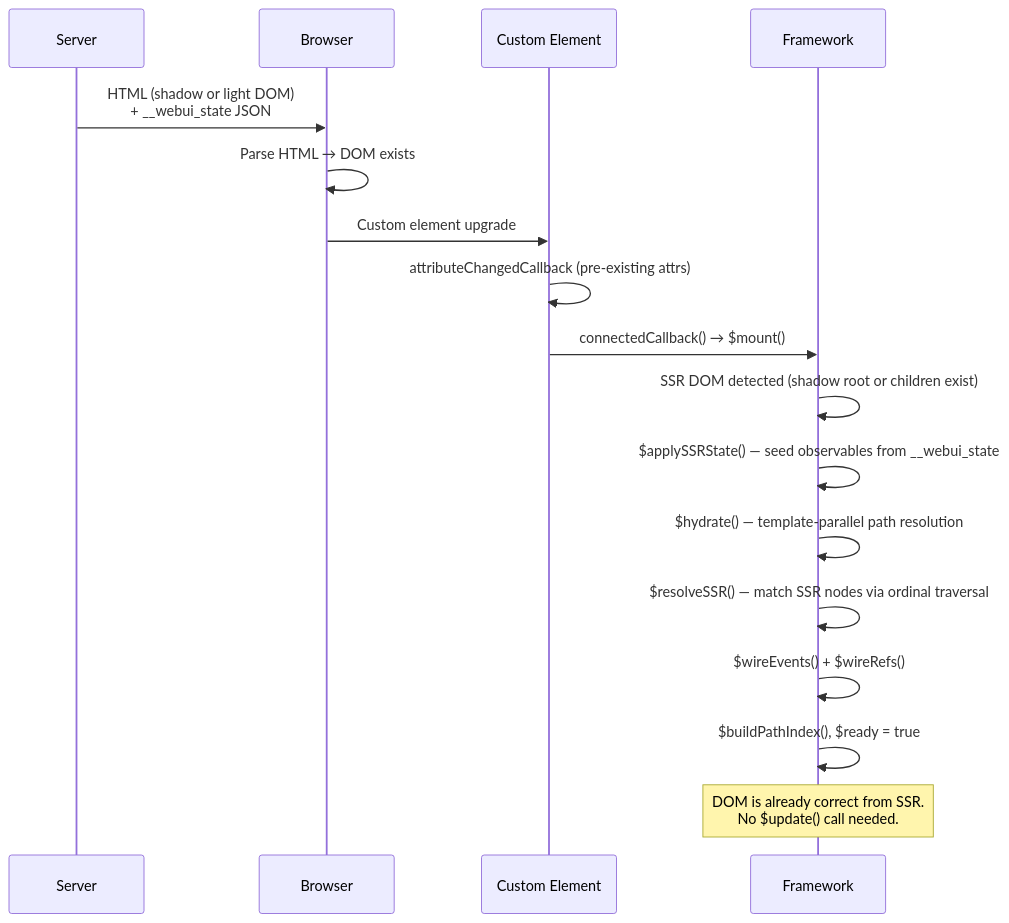
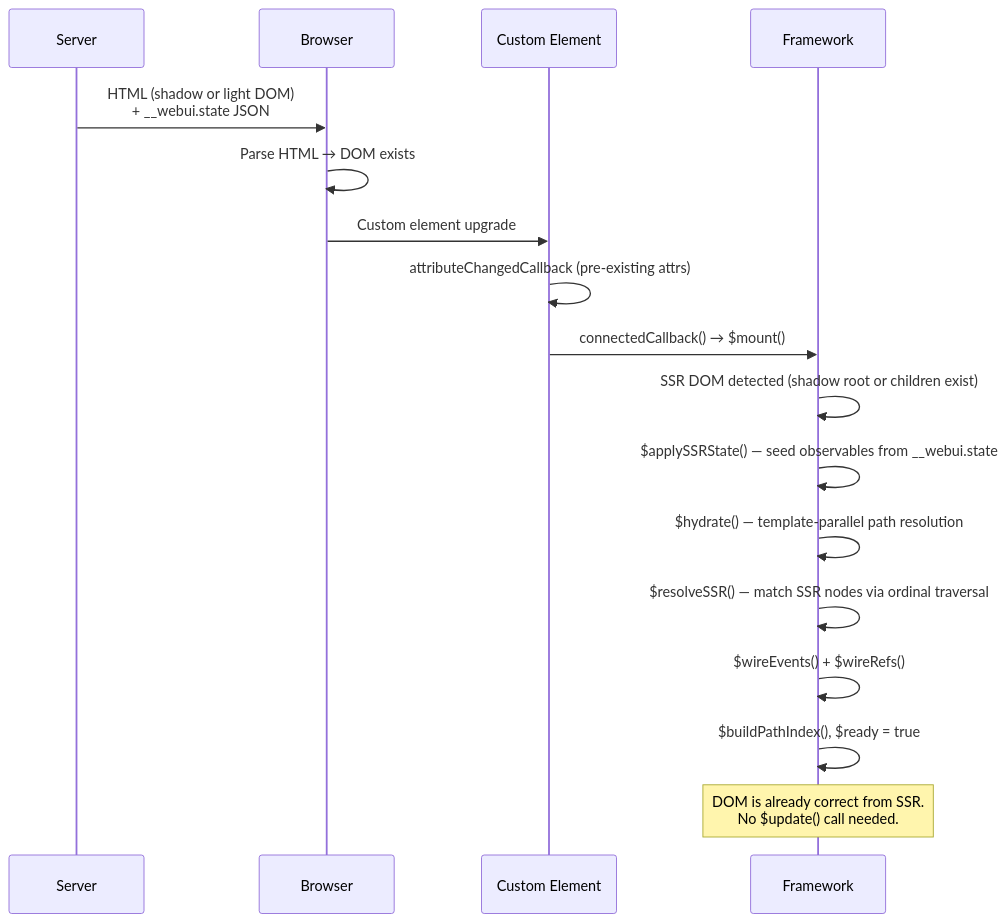
The third of 7 diagrams in packages/webui-framework/README.md (microsoft/webui), drawn with Mermaid before and after one commit. The commit also changed other lines of this file and 40 other files, not shown here.

````diff
--- a/packages/webui-framework/README.md
+++ b/packages/webui-framework/README.md
@@ -386,20 +386,20 @@
 ```mermaid
 sequenceDiagram
     participant Server
     participant Browser
     participant CE as Custom Element
     participant FW as Framework
 
-    Server->>Browser: HTML (shadow or light DOM)<br/>+ __webui_state JSON
+    Server->>Browser: HTML (shadow or light DOM)<br/>+ __webui.state JSON
     Browser->>Browser: Parse HTML → DOM exists
     Browser->>CE: Custom element upgrade
     CE->>CE: attributeChangedCallback (pre-existing attrs)
     CE->>FW: connectedCallback() → $mount()
     FW->>FW: SSR DOM detected (shadow root or children exist)
-    FW->>FW: $applySSRState() — seed observables from __webui_state
+    FW->>FW: $applySSRState() — seed observables from __webui.state
     FW->>FW: $hydrate() — template-parallel path resolution
     FW->>FW: $resolveSSR() — match SSR nodes via ordinal traversal
     FW->>FW: $wireEvents() + $wireRefs()
     FW->>FW: $buildPathIndex(), $ready = true
     Note over FW: DOM is already correct from SSR.<br/>No $update() call needed.
 ```
````
